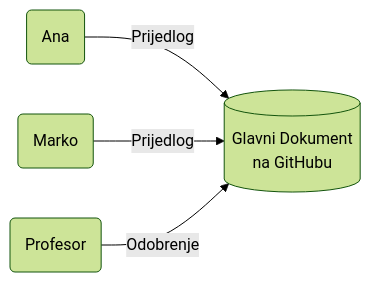
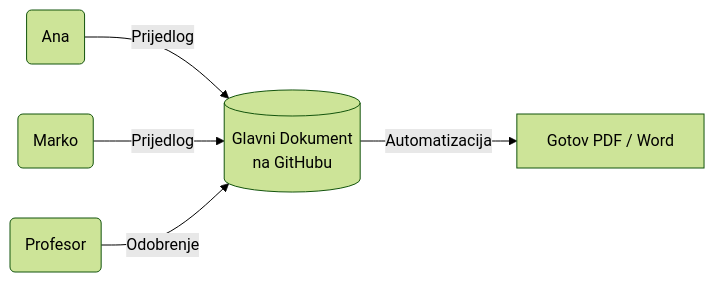
Before and after one commit to mariomatrix/docs-as-code: the diagram in Workshop Docs/Eustella/Prezentacija.qmd, drawn with Mermaid (forest theme). The commit also changed other lines of this file and 124 other files, not shown here.

````diff
--- a/Workshop Docs/Eustella/Prezentacija.qmd
+++ b/Workshop Docs/Eustella/Prezentacija.qmd
@@ -51,6 +56,7 @@
 ```{mermaid}
 flowchart LR
   A(Ana) -->|Prijedlog| B[(Glavni Dokument \n na GitHubu)]
   M(Marko) -->|Prijedlog| B
   P(Profesor) -->|Odobrenje| B
+  B -->|Automatizacija| D[Gotov PDF / Word]
 ```
````
